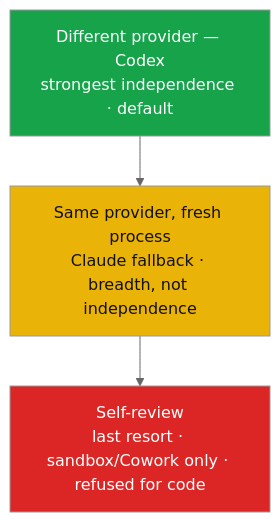
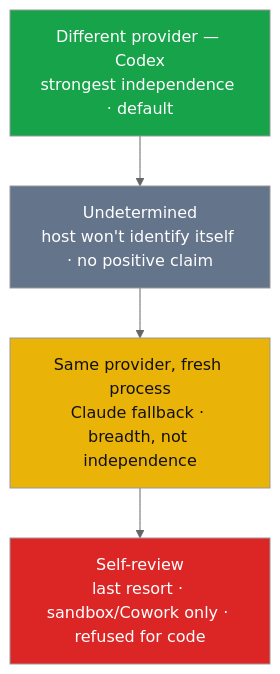
The second of 2 diagrams in README.md (windaddict/impasse), drawn with Mermaid (neutral theme) before and after one commit. The commit also changed other lines of this file and 1 other file, not shown here.

First line of the commit message:
docs(readme): fix four inaccuracies found by an independent review

````diff
--- a/README.md
+++ b/README.md
@@ -318,8 +322,10 @@
 ```mermaid
 flowchart TB
-    B1["Different provider — Codex<br/>strongest independence · default"] --> B2["Same provider, fresh process<br/>Claude fallback · breadth, not independence"]
-    B2 --> B3["Self-review<br/>last resort · sandbox/Cowork only · refused for code"]
+    B1["Different provider — Codex<br/>strongest independence · default"] --> B2["Undetermined<br/>host won't identify itself · no positive claim"]
+    B2 --> B3["Same provider, fresh process<br/>Claude fallback · breadth, not independence"]
+    B3 --> B4["Self-review<br/>last resort · sandbox/Cowork only · refused for code"]
     style B1 fill:#16a34a,color:#fff
-    style B2 fill:#eab308,color:#111
-    style B3 fill:#dc2626,color:#fff
+    style B2 fill:#64748b,color:#fff
+    style B3 fill:#eab308,color:#111
+    style B4 fill:#dc2626,color:#fff
 ```
````
